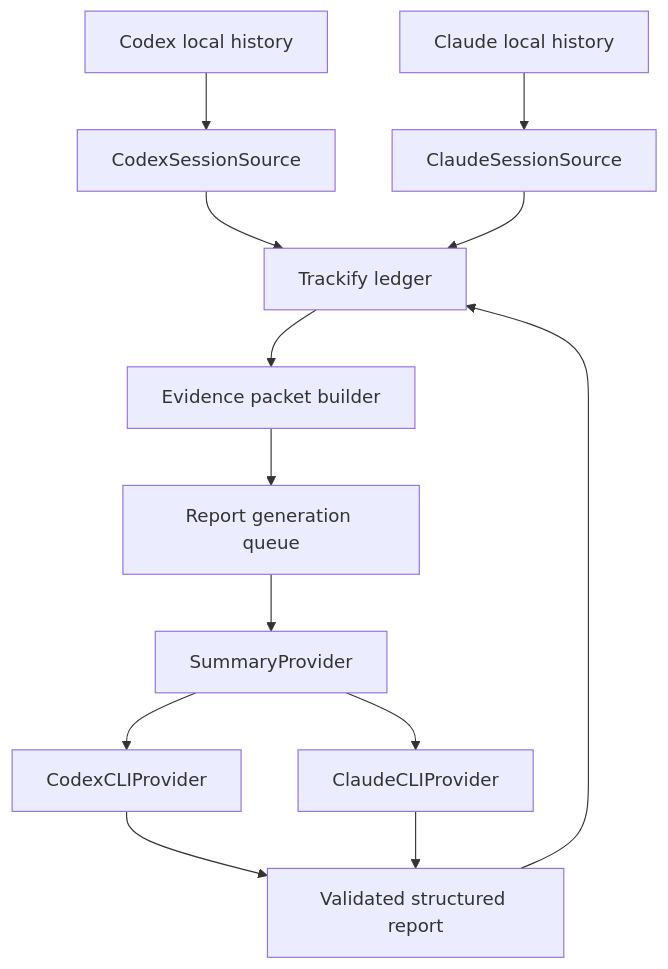
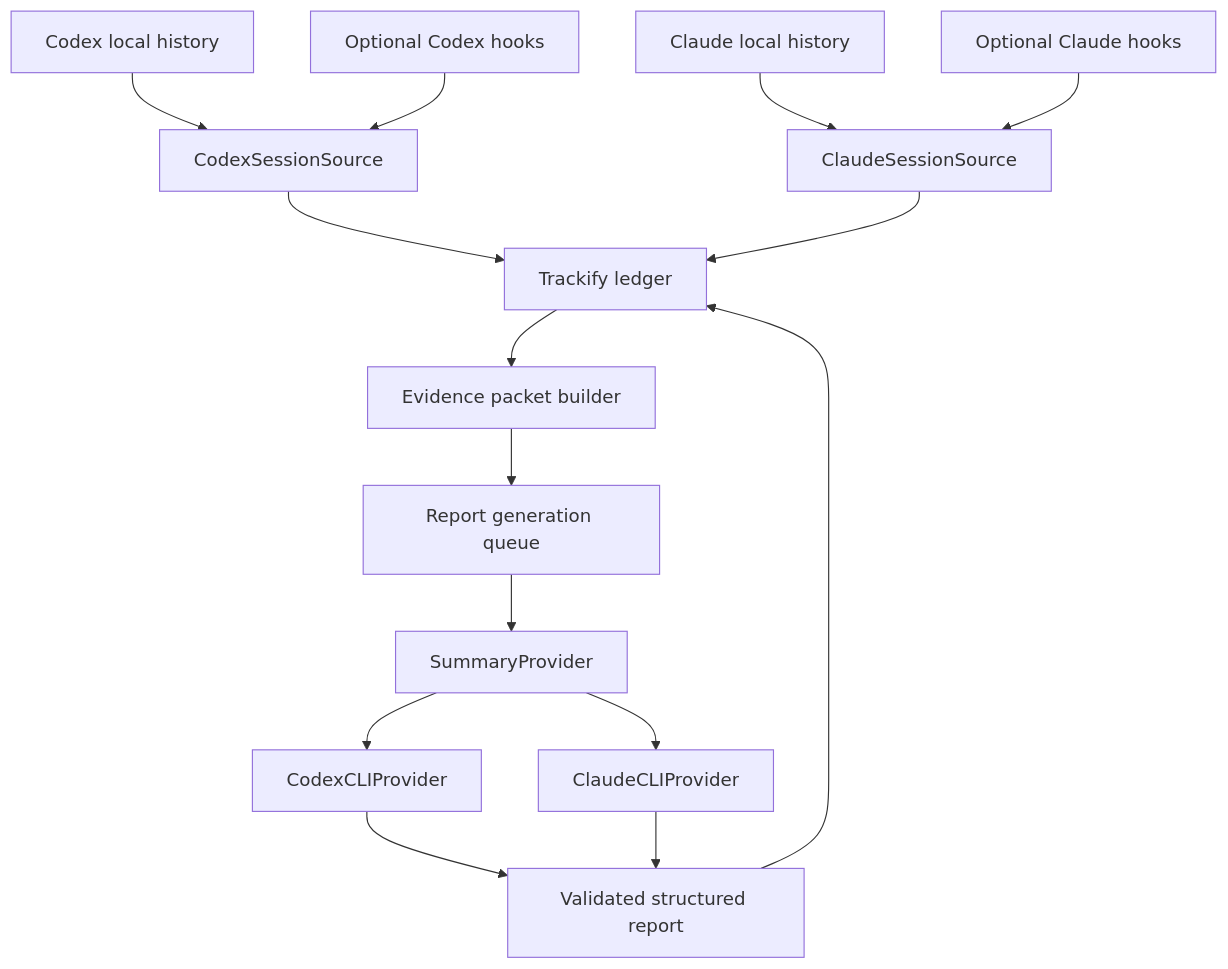
One commit to vucinatim/trackify changed the diagram in docs/LLM_PROVIDERS.md. Above: the diagram before and after it, drawn with Mermaid. The commit also changed other lines of this file and 106 other files, not shown here.

````diff
--- a/docs/LLM_PROVIDERS.md
+++ b/docs/LLM_PROVIDERS.md
@@ -25,16 +25,18 @@
 ```mermaid
 flowchart TD
     Ledger["Trackify ledger"] --> Evidence["Evidence packet builder"]
     Evidence --> Reports["Report generation queue"]
     Reports --> Provider["SummaryProvider"]
     Provider --> Codex["CodexCLIProvider"]
     Provider --> Claude["ClaudeCLIProvider"]
     Codex --> Result["Validated structured report"]
     Claude --> Result
     Result --> Ledger
 
     CodexCache["Codex local history"] --> CodexSource["CodexSessionSource"]
     ClaudeCache["Claude local history"] --> ClaudeSource["ClaudeSessionSource"]
+    CodexHooks["Optional Codex hooks"] --> CodexSource
+    ClaudeHooks["Optional Claude hooks"] --> ClaudeSource
     CodexSource --> Ledger
     ClaudeSource --> Ledger
 ```
````
